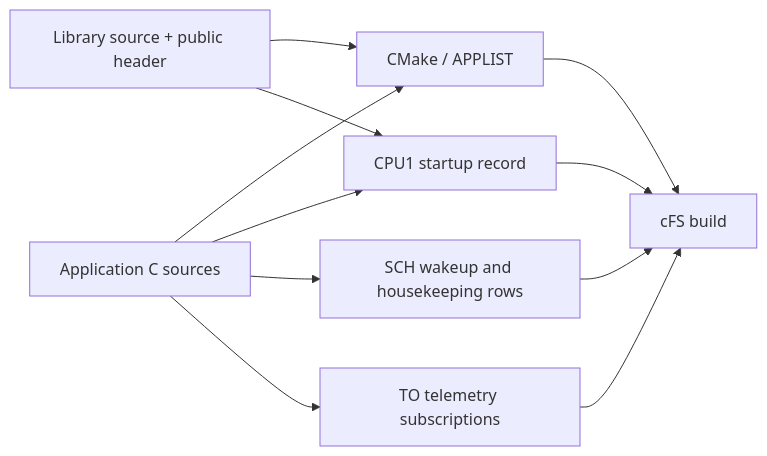
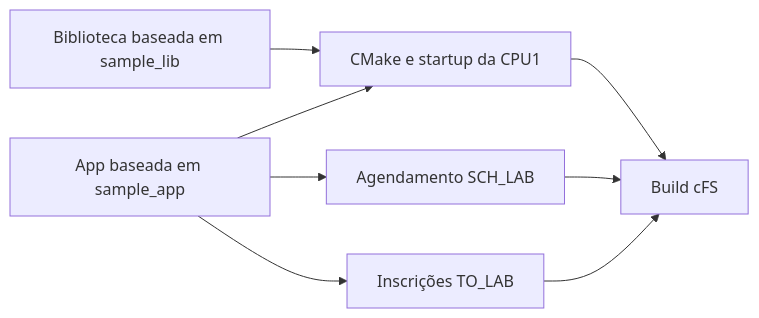
One commit to Raiagues/cfs_emulator changed the diagram in project/README.md. Above: the diagram before and after it, drawn with Mermaid. The commit also changed other lines of this file and 222 other files, not shown here.

````diff
--- a/project/README.md
+++ b/project/README.md
@@ -10,13 +7,10 @@
 ```mermaid
 flowchart LR
-    App[Application C sources] --> CMake[CMake / APPLIST]
-    App --> Startup[CPU1 startup record]
-    App --> SCH[SCH wakeup and housekeeping rows]
-    App --> TO[TO telemetry subscriptions]
-    Library[Library source + public header] --> CMake
-    Library --> Startup
-    CMake --> Build[cFS build]
-    Startup --> Build
-    SCH --> Build
-    TO --> Build
+    A["App baseada em sample_app"] --> C["CMake e startup da CPU1"]
+    L["Biblioteca baseada em sample_lib"] --> C
+    A --> SCH["Agendamento SCH_LAB"]
+    A --> TO["Inscrições TO_LAB"]
+    C --> B["Build cFS"]
+    SCH --> B
+    TO --> B
 ```
````
